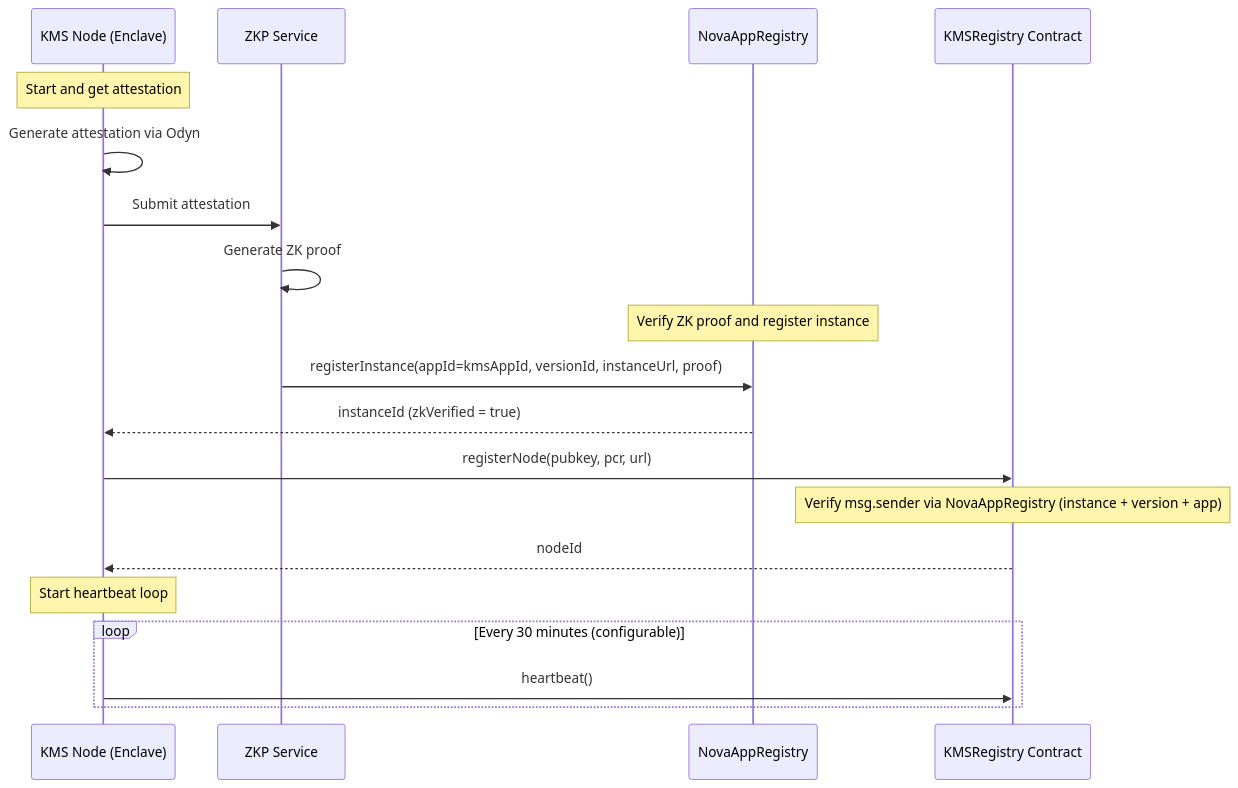
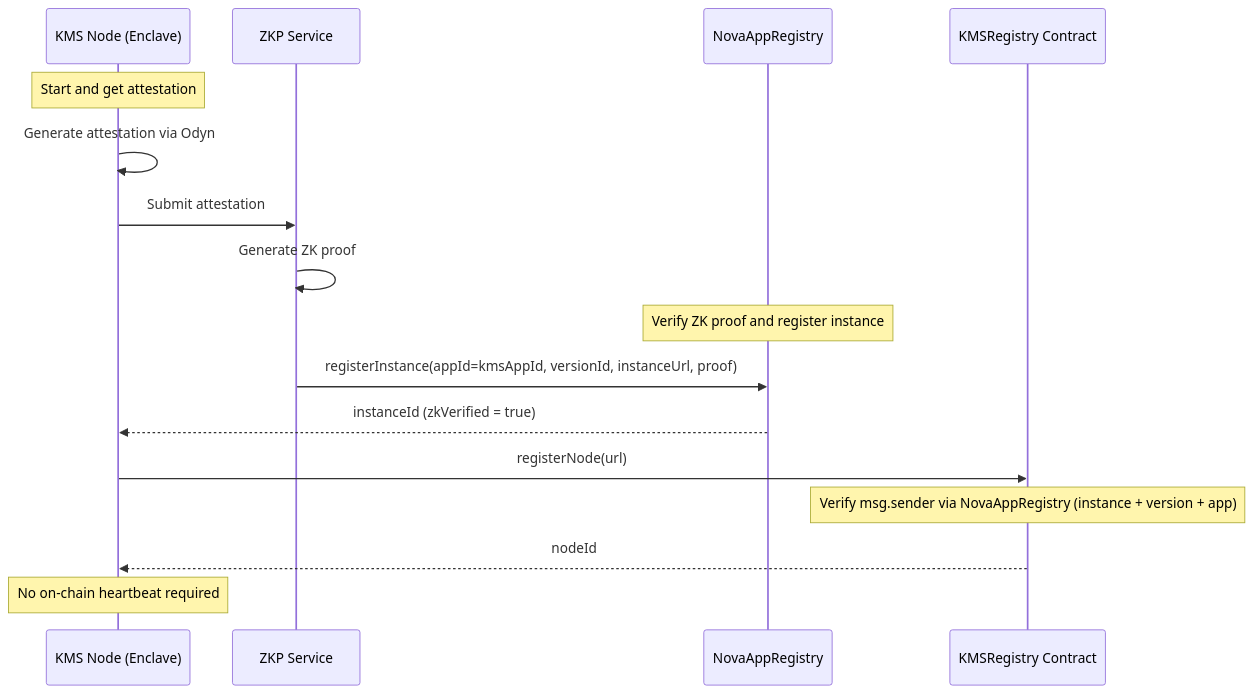
One commit to sparsity-xyz/nova-kms changed the second of 4 diagrams in docs/architecture.md. Above: the diagram before and after it, drawn with Mermaid. The commit also changed other lines of this file, not shown here.

````diff
--- a/docs/architecture.md
+++ b/docs/architecture.md
@@ -185,26 +210,23 @@
 ```mermaid
 sequenceDiagram
     participant KMS as KMS Node (Enclave)
     participant ZKP as ZKP Service
     participant AR as NovaAppRegistry
     participant KC as KMSRegistry Contract
     
     Note over KMS: Start and get attestation
     KMS->>KMS: Generate attestation via Odyn
     
     KMS->>ZKP: Submit attestation
     ZKP->>ZKP: Generate ZK proof
 
     Note over AR: Verify ZK proof and register instance
     ZKP->>AR: registerInstance(appId=kmsAppId, versionId, instanceUrl, proof)
     AR-->>KMS: instanceId (zkVerified = true)
     
-    KMS->>KC: registerNode(pubkey, pcr, url)
+    KMS->>KC: registerNode(url)
     Note over KC: Verify msg.sender via NovaAppRegistry (instance + version + app)
     KC-->>KMS: nodeId
     
-    Note over KMS: Start heartbeat loop
-    loop Every 30 minutes (configurable)
-        KMS->>KC: heartbeat()
-    end
+    Note over KMS: No on-chain heartbeat required
 ```
````
